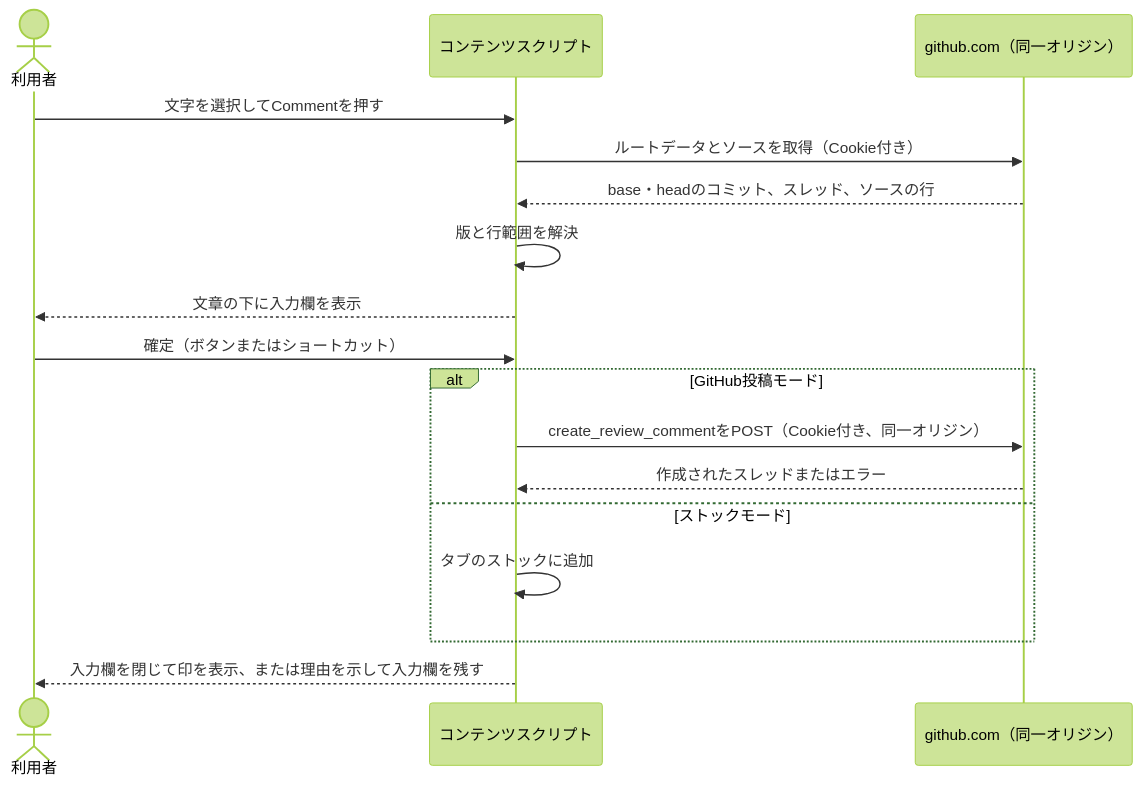
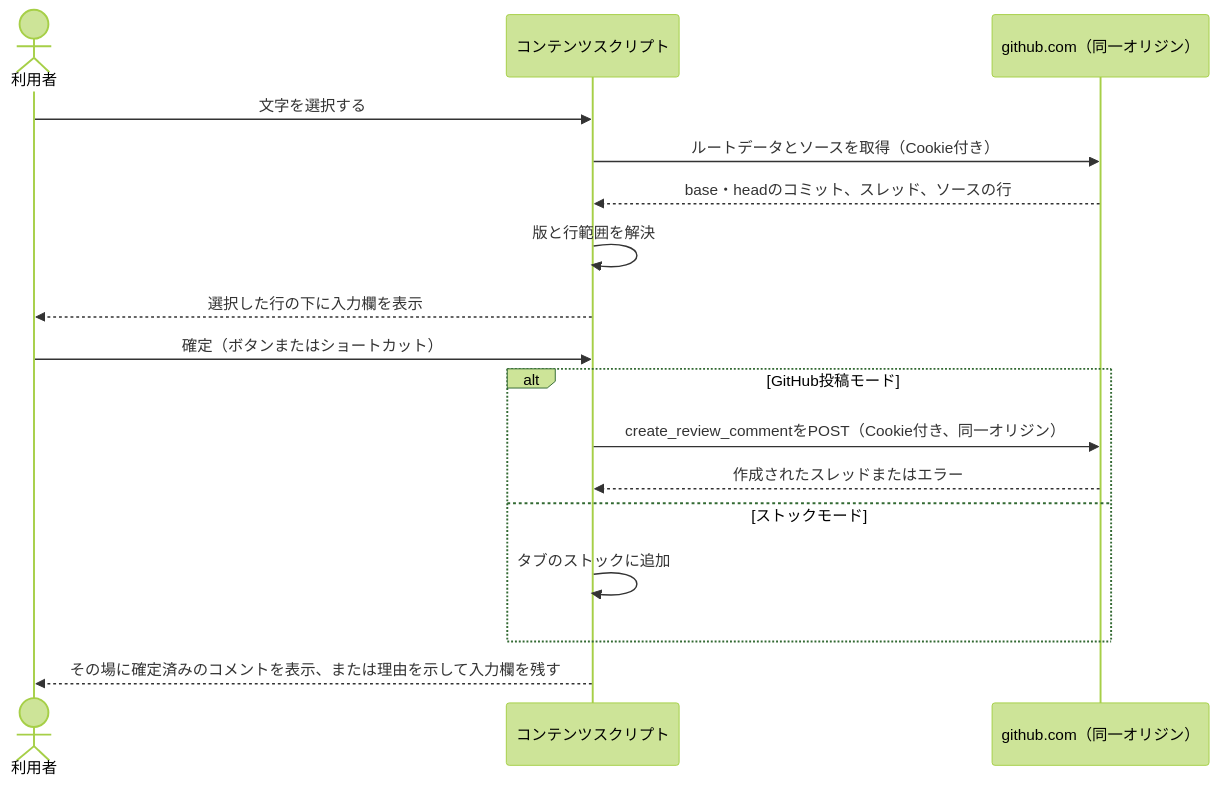
Before and after one commit to azu/margink: the first of 2 diagrams in docs/products/margink/features/rendered-markdown-comments/design.ja.md, drawn with Mermaid (forest theme). The commit also changed other lines of this file and 6 other files, not shown here.

````diff
--- a/docs/products/margink/features/rendered-markdown-comments/design.ja.md
+++ b/docs/products/margink/features/rendered-markdown-comments/design.ja.md
@@ -119,19 +141,19 @@
 ```mermaid
 sequenceDiagram
   actor R as 利用者
   participant CS as コンテンツスクリプト
   participant GH as github.com（同一オリジン）
-  R->>CS: 文字を選択してCommentを押す
+  R->>CS: 文字を選択する
   CS->>GH: ルートデータとソースを取得（Cookie付き）
   GH-->>CS: base・headのコミット、スレッド、ソースの行
   CS->>CS: 版と行範囲を解決
-  CS-->>R: 文章の下に入力欄を表示
+  CS-->>R: 選択した行の下に入力欄を表示
   R->>CS: 確定（ボタンまたはショートカット）
   alt GitHub投稿モード
     CS->>GH: create_review_commentをPOST（Cookie付き、同一オリジン）
     GH-->>CS: 作成されたスレッドまたはエラー
   else ストックモード
     CS->>CS: タブのストックに追加
   end
-  CS-->>R: 入力欄を閉じて印を表示、または理由を示して入力欄を残す
+  CS-->>R: その場に確定済みのコメントを表示、または理由を示して入力欄を残す
 ```
````
